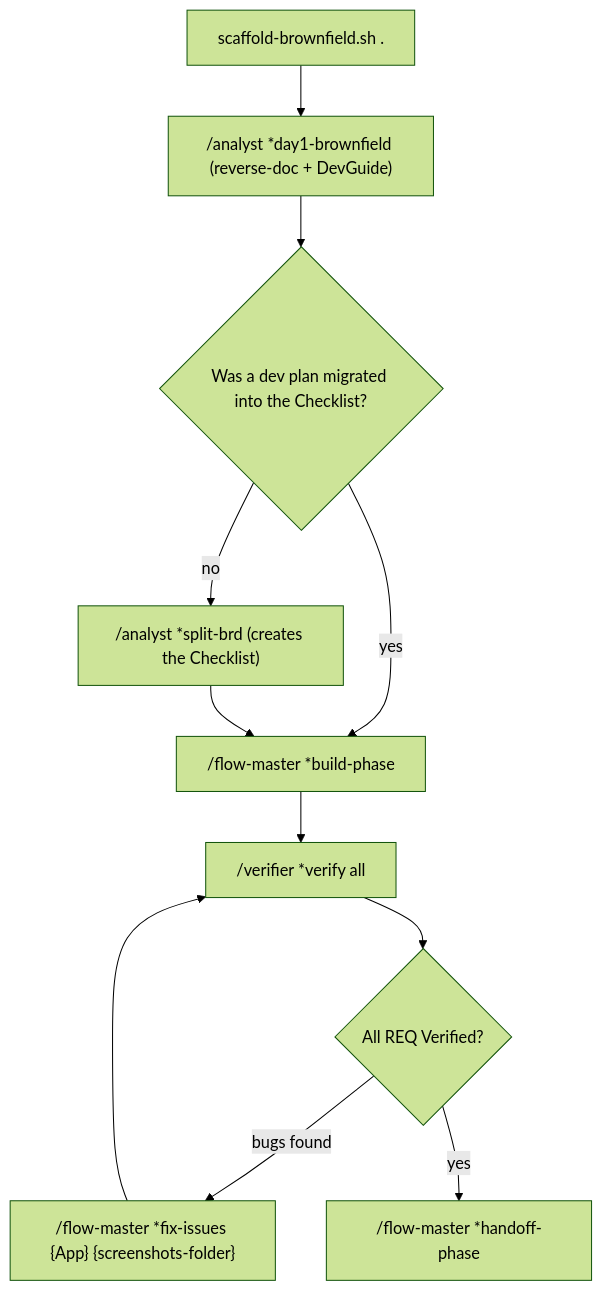
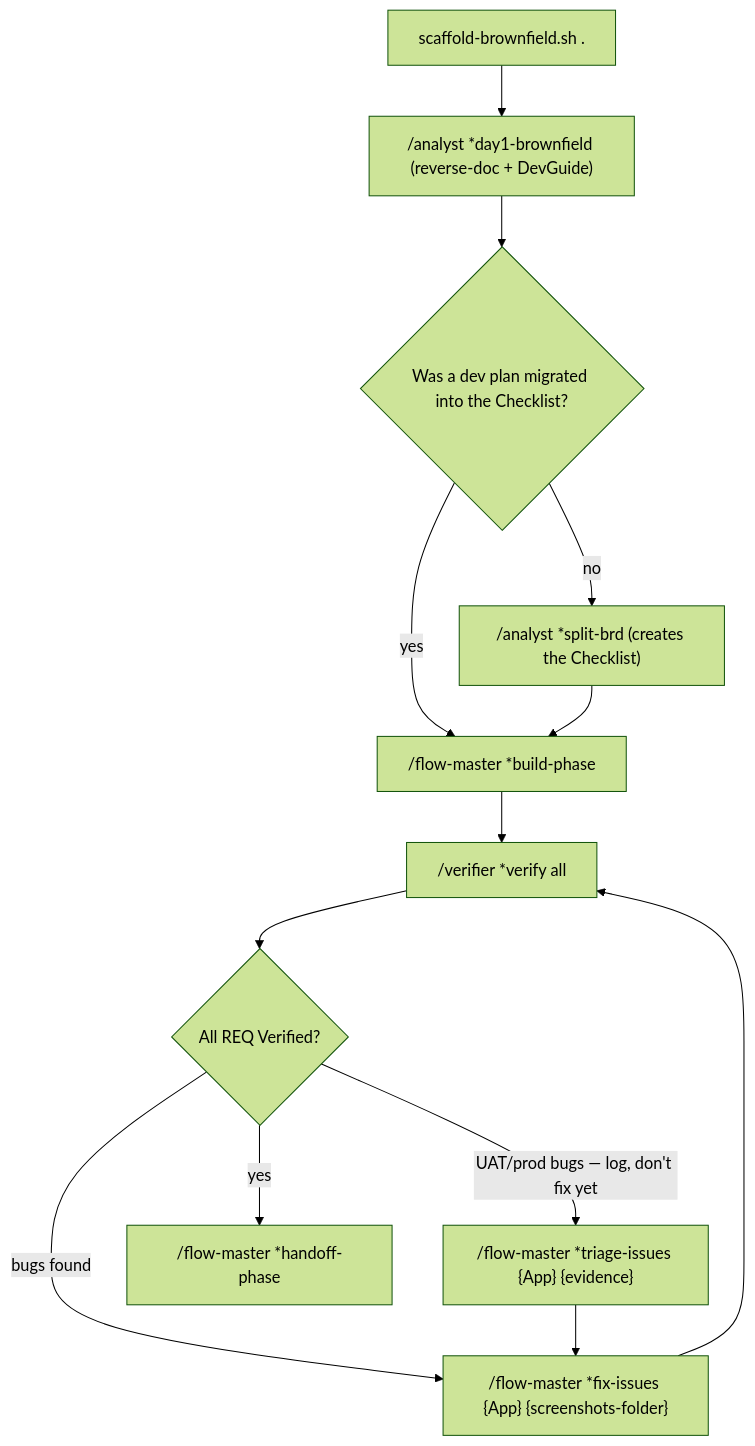
Before and after one commit to techierathore/TechieFlow: the second of 5 diagrams in README.md, drawn with Mermaid (forest theme). The commit also changed other lines of this file and 12 other files, not shown here.

Commit message:
Added new command to triage issues

````diff
--- a/README.md
+++ b/README.md
@@ -31,13 +33,15 @@
 ```mermaid
 flowchart TD
   A["scaffold-brownfield.sh ."] --> B["/analyst *day1-brownfield (reverse-doc + DevGuide)"]
   B --> C{"Was a dev plan migrated into the Checklist?"}
   C -->|"no"| D["/analyst *split-brd (creates the Checklist)"]
   C -->|"yes"| E["/flow-master *build-phase"]
   D --> E
   E --> F["/verifier *verify all"]
   F --> G{"All REQ Verified?"}
   G -->|"bugs found"| X["/flow-master *fix-issues {App} {screenshots-folder}"]
   X --> F
+  G -->|"UAT/prod bugs — log, don't fix yet"| T["/flow-master *triage-issues {App} {evidence}"]
+  T --> X
   G -->|"yes"| H["/flow-master *handoff-phase"]
 ```
````
